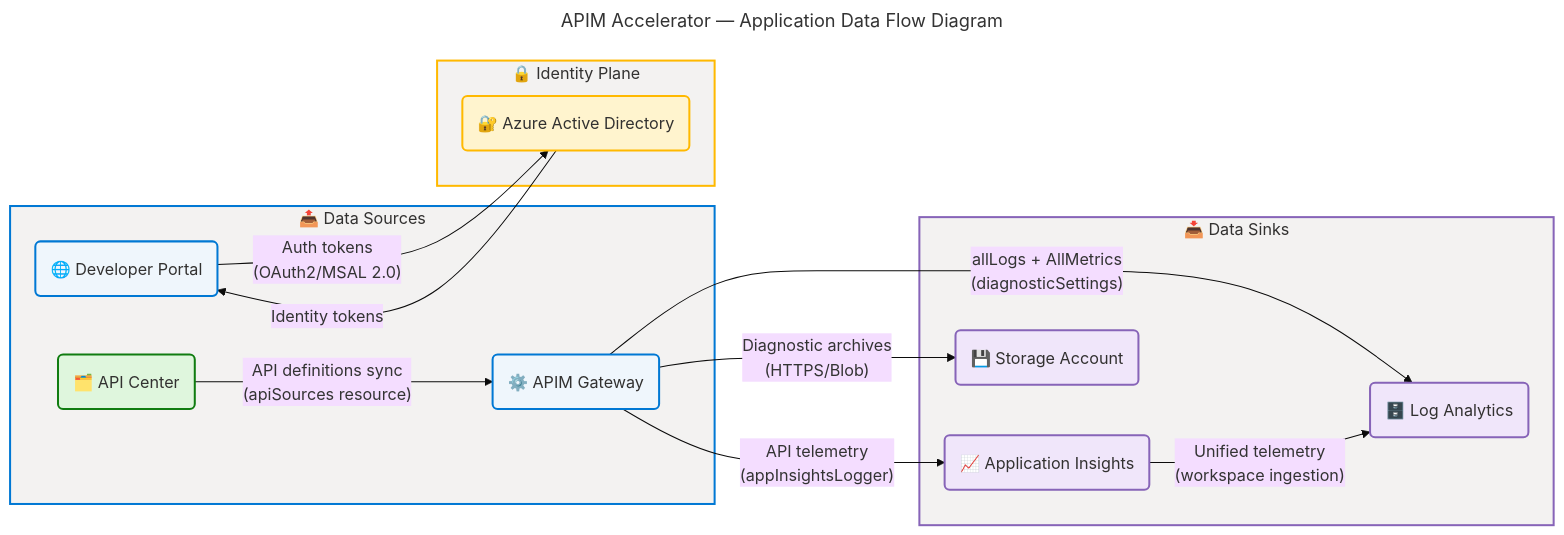
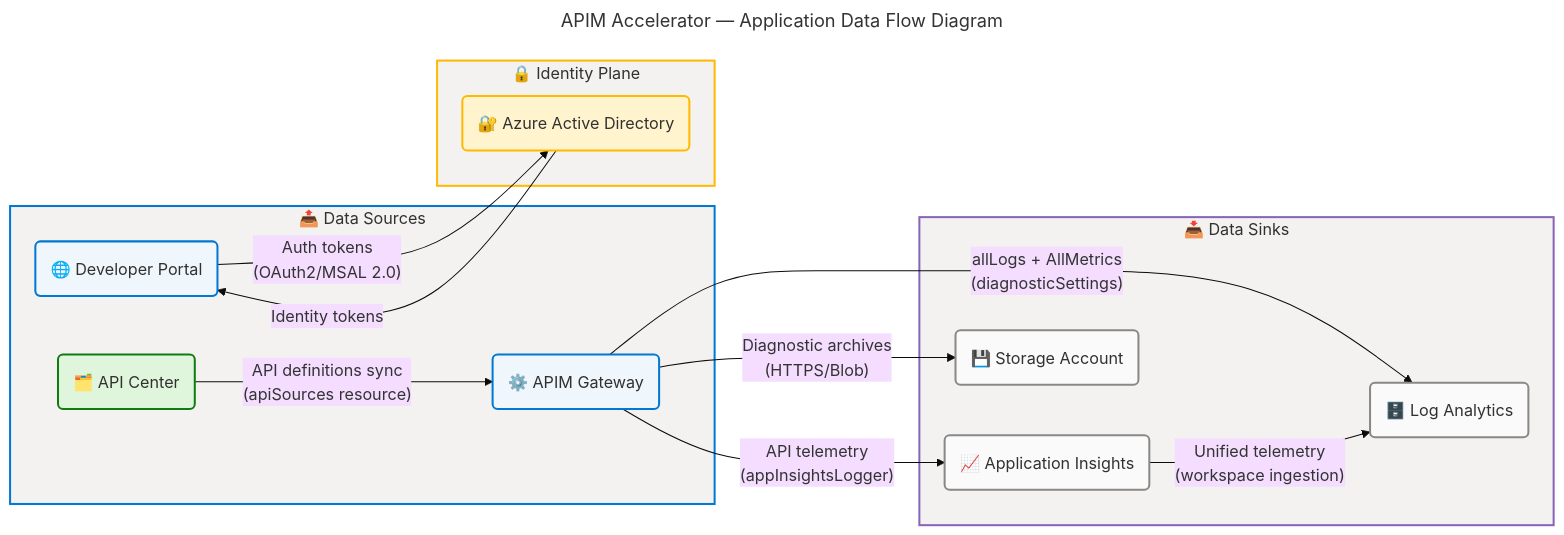
Before and after one commit to Evilazaro/APIM-Accelerator: the eighth of 8 diagrams in docs/architecture/application-architecture.md, drawn with Mermaid. The commit also changed other lines of this file and 3 other files, not shown here.

````diff
--- a/docs/architecture/application-architecture.md
+++ b/docs/architecture/application-architecture.md
@@ -1312,61 +1307,60 @@
 ```mermaid
 ---
 title: "APIM Accelerator — Application Data Flow Diagram"
 config:
   theme: base
   look: classic
   layout: dagre
   themeVariables:
     fontSize: '16px'
   flowchart:
     htmlLabels: true
 ---
 flowchart LR
     accTitle: APIM Accelerator Application Data Flow Diagram
     accDescr: Data flow diagram showing runtime and deploy-time data movements between application services including diagnostic streams telemetry flows API catalog synchronization and authentication token flows
 
     %% ═══════════════════════════════════════════════════════════════════════════
     %% AZURE / FLUENT ARCHITECTURE PATTERN v1.1
     %% (Semantic + Structural + Font + Accessibility Governance)
     %% ═══════════════════════════════════════════════════════════════════════════
     %% PHASE 1 - FLUENT UI: All styling uses approved Fluent UI palette only
     %% PHASE 2 - GROUPS: Every subgraph has semantic color via style directive
     %% PHASE 3 - COMPONENTS: Every node has semantic classDef + icon prefix
     %% PHASE 4 - ACCESSIBILITY: accTitle/accDescr present, WCAG AA contrast
     %% PHASE 5 - STANDARD: Governance block present, classDefs centralized
     %% ═══════════════════════════════════════════════════════════════════════════
 
     subgraph SOURCES["📤 Data Sources"]
         APIM("⚙️ APIM Gateway"):::core
         PORTAL("🌐 Developer Portal"):::core
         APIC("🗂️ API Center"):::success
     end
 
     subgraph SINKS["📥 Data Sinks"]
-        LAW("🗄️ Log Analytics"):::data
-        APPINS("📈 Application Insights"):::data
-        SA("💾 Storage Account"):::data
+        LAW("🗄️ Log Analytics"):::neutral
+        APPINS("📈 Application Insights"):::neutral
+        SA("💾 Storage Account"):::neutral
     end
 
     subgraph IDENTITY["🔒 Identity Plane"]
         AD("🔐 Azure Active Directory"):::warning
     end
 
     APIM -->|"allLogs + AllMetrics<br>(diagnosticSettings)"| LAW
     APIM -->|"API telemetry<br>(appInsightsLogger)"| APPINS
     APIM -->|"Diagnostic archives<br>(HTTPS/Blob)"| SA
     APPINS -->|"Unified telemetry<br>(workspace ingestion)"| LAW
     PORTAL -->|"Auth tokens<br>(OAuth2/MSAL 2.0)"| AD
     AD -->|"Identity tokens"| PORTAL
     APIC -->|"API definitions sync<br>(apiSources resource)"| APIM
 
     classDef neutral fill:#FAFAFA,stroke:#8A8886,stroke-width:2px,color:#323130
     classDef core fill:#EFF6FC,stroke:#0078D4,stroke-width:2px,color:#323130
     classDef success fill:#DFF6DD,stroke:#107C10,stroke-width:2px,color:#323130
-    classDef data fill:#F0E6FA,stroke:#8764B8,stroke-width:2px,color:#323130
     classDef warning fill:#FFF4CE,stroke:#FFB900,stroke-width:2px,color:#323130
 
     style SOURCES fill:#F3F2F1,stroke:#0078D4,stroke-width:2px,color:#323130
     style SINKS fill:#F3F2F1,stroke:#8764B8,stroke-width:2px,color:#323130
     style IDENTITY fill:#F3F2F1,stroke:#FFB900,stroke-width:2px,color:#323130
 ```
````
